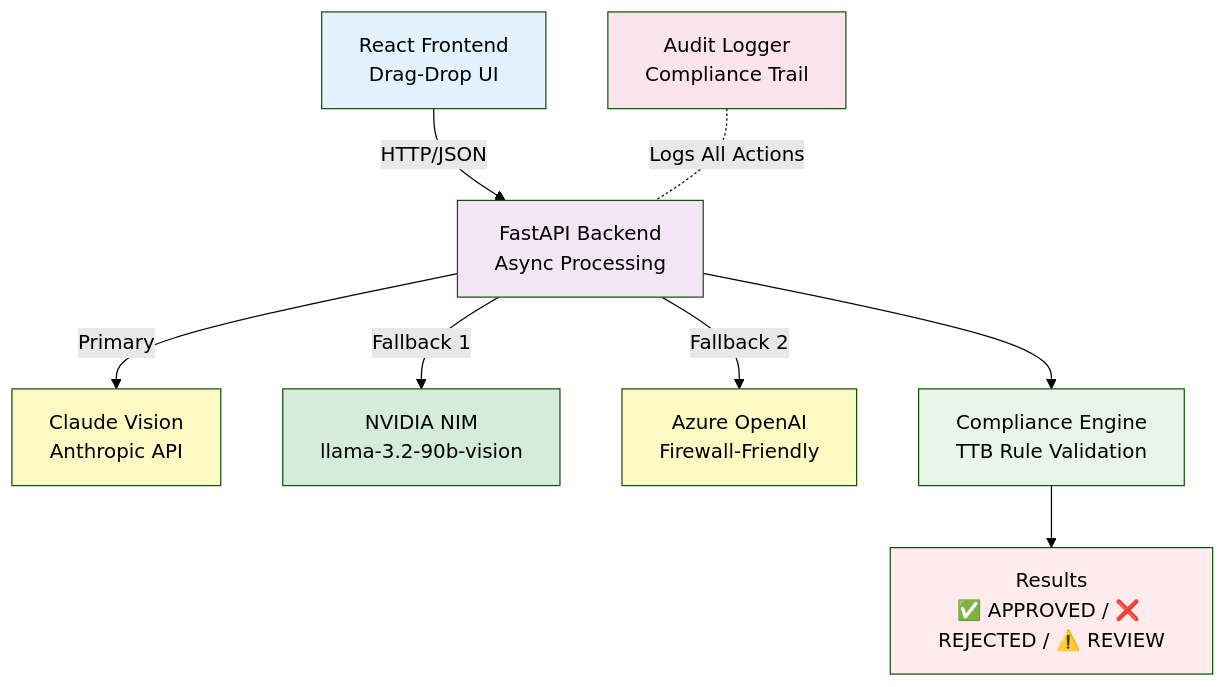
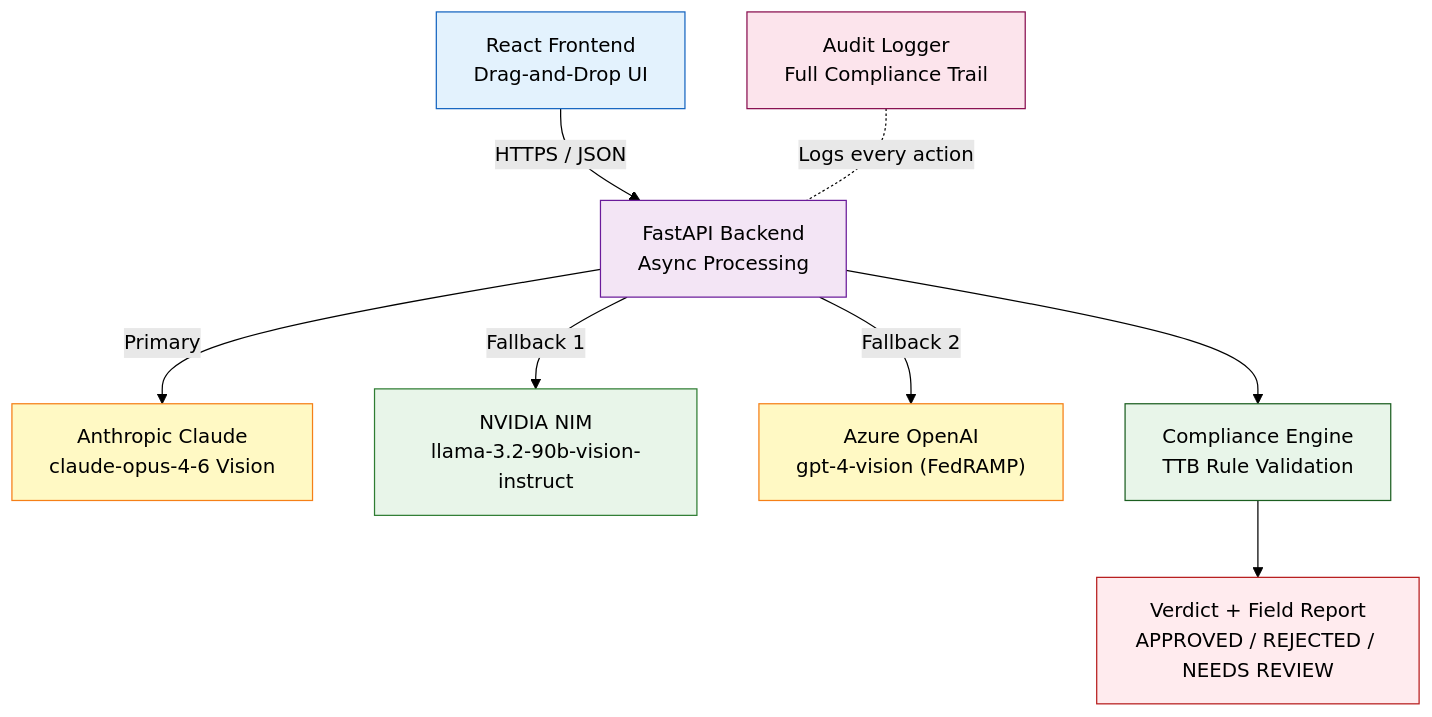
Before and after one commit to eaglepython/AI-Powered-Alcohol-Label-Verification-App: the diagram in README.md, drawn with Mermaid (forest theme). The commit also changed other lines of this file, not shown here.

Commit message:
docs: professional README rewrite — no emojis, IT Specialist AI position, full accuracy

````diff
--- a/README.md
+++ b/README.md
@@ -63,19 +53,19 @@
 ```mermaid
 graph TB
-    A["React Frontend<br/>Drag-Drop UI"] -->|HTTP/JSON| B["FastAPI Backend<br/>Async Processing"]
-    B -->|Primary| C["Claude Vision<br/>Anthropic API"]
-    B -->|Fallback 1| D["NVIDIA NIM<br/>llama-3.2-90b-vision"]
-    B -->|Fallback 2| E["Azure OpenAI<br/>Firewall-Friendly"]
+    A["React Frontend<br/>Drag-and-Drop UI"] -->|"HTTPS / JSON"| B["FastAPI Backend<br/>Async Processing"]
+    B -->|"Primary"| C["Anthropic Claude<br/>claude-opus-4-6 Vision"]
+    B -->|"Fallback 1"| D["NVIDIA NIM<br/>llama-3.2-90b-vision-instruct"]
+    B -->|"Fallback 2"| E["Azure OpenAI<br/>gpt-4-vision (FedRAMP)"]
     B --> F["Compliance Engine<br/>TTB Rule Validation"]
-    F --> G["Results<br/>✅ APPROVED / ❌ REJECTED / ⚠️ REVIEW"]
-    H["Audit Logger<br/>Compliance Trail"] -.-|Logs All Actions| B
+    F --> G["Verdict + Field Report<br/>APPROVED / REJECTED / NEEDS REVIEW"]
+    H["Audit Logger<br/>Full Compliance Trail"] -.-|"Logs every action"| B
 
-    style A fill:#e3f2fd
-    style B fill:#f3e5f5
-    style C fill:#fff9c4
-    style D fill:#d4edda
-    style E fill:#fff9c4
-    style F fill:#e8f5e9
-    style G fill:#ffebee
-    style H fill:#fce4ec
+    style A fill:#E3F2FD,stroke:#1565C0
+    style B fill:#F3E5F5,stroke:#6A1B9A
+    style C fill:#FFF9C4,stroke:#F57F17
+    style D fill:#E8F5E9,stroke:#2E7D32
+    style E fill:#FFF9C4,stroke:#F57F17
+    style F fill:#E8F5E9,stroke:#1B5E20
+    style G fill:#FFEBEE,stroke:#B71C1C
+    style H fill:#FCE4EC,stroke:#880E4F
 ```
````
